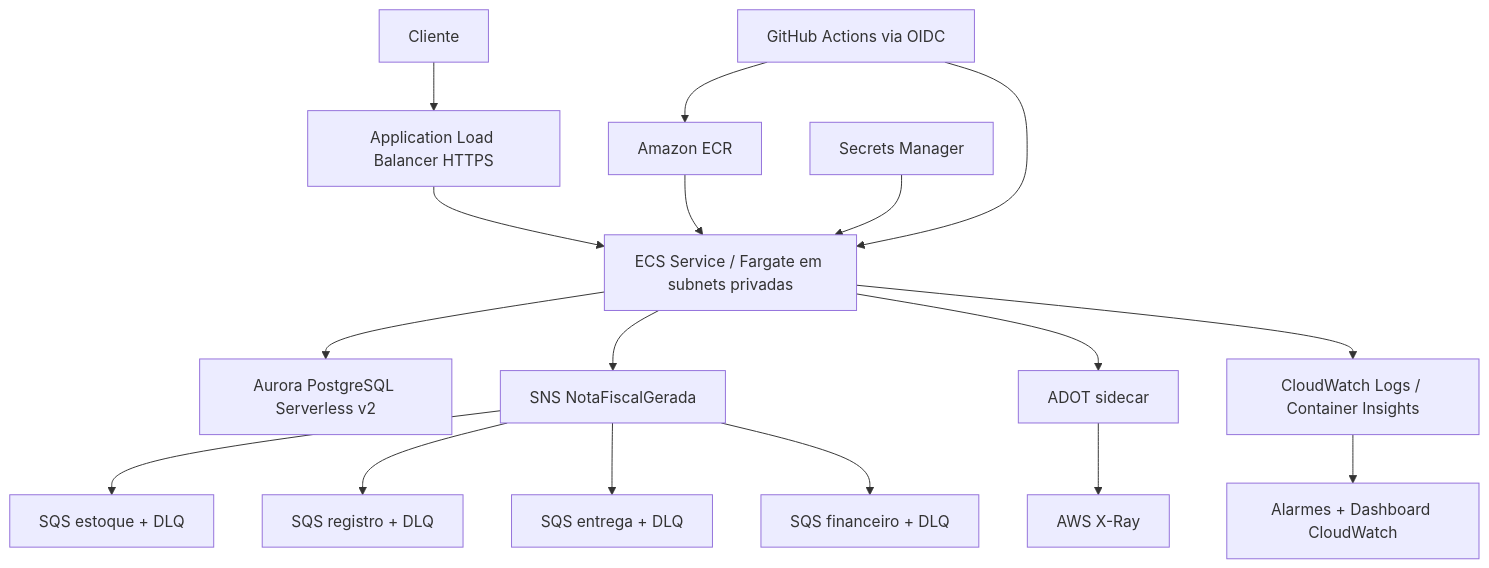
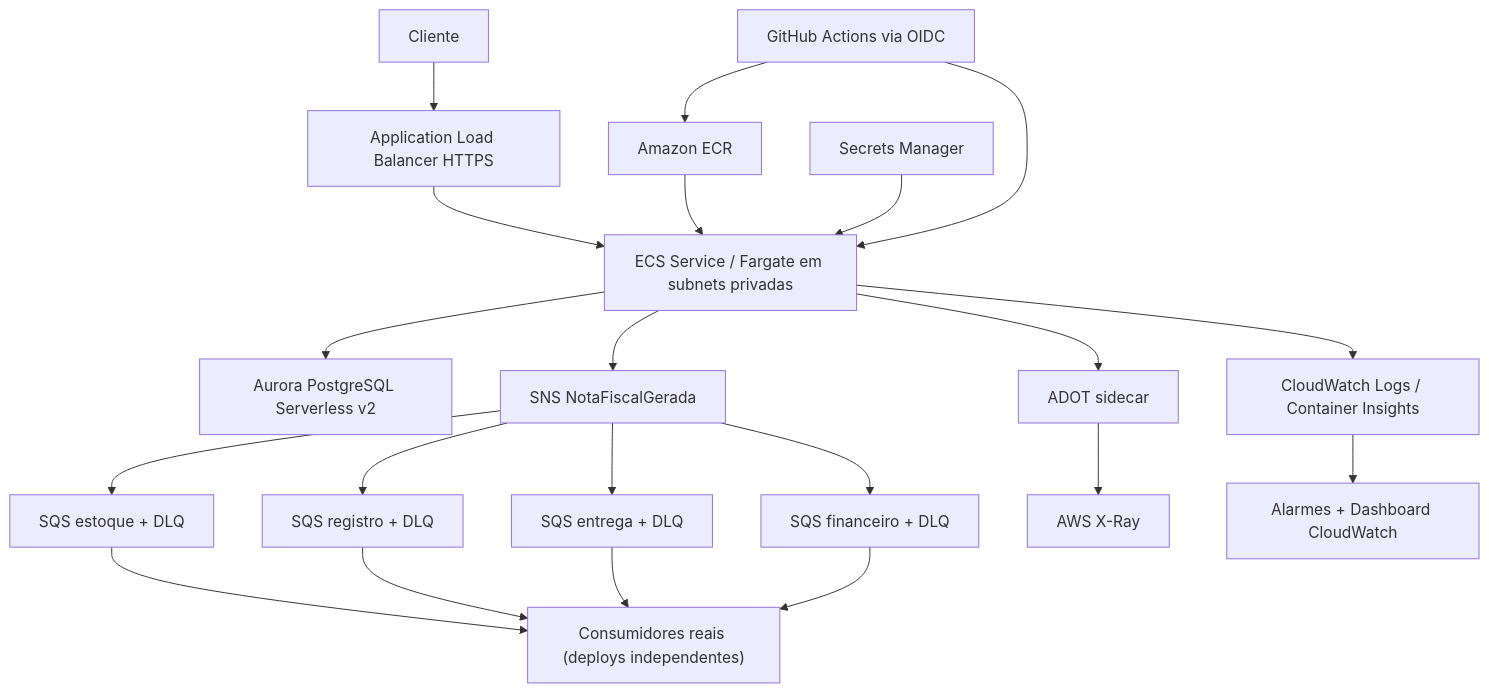
Before and after one commit to lvilelas/case-nota-fiscal: the second of 2 diagrams in ARCHITECTURE.md, drawn with Mermaid. The commit also changed other lines of this file and 42 other files, not shown here.

````diff
--- a/ARCHITECTURE.md
+++ b/ARCHITECTURE.md
@@ -99,19 +107,23 @@
 ```mermaid
 flowchart TB
     USER["Cliente"] --> ALB["Application Load Balancer HTTPS"]
     ALB --> ECS["ECS Service / Fargate em subnets privadas"]
     ECR["Amazon ECR"] --> ECS
     SECRET["Secrets Manager"] --> ECS
     ECS --> AURORA["Aurora PostgreSQL Serverless v2"]
     ECS --> SNS["SNS NotaFiscalGerada"]
     SNS --> QE["SQS estoque + DLQ"]
     SNS --> QR["SQS registro + DLQ"]
     SNS --> QEN["SQS entrega + DLQ"]
     SNS --> QF["SQS financeiro + DLQ"]
+    QE --> CONSUMERS["Consumidores reais (deploys independentes)"]
+    QR --> CONSUMERS
+    QEN --> CONSUMERS
+    QF --> CONSUMERS
     ECS --> ADOT["ADOT sidecar"]
     ADOT --> XRAY["AWS X-Ray"]
     ECS --> LOGS["CloudWatch Logs / Container Insights"]
     LOGS --> ALARMS["Alarmes + Dashboard CloudWatch"]
     GHA["GitHub Actions via OIDC"] --> ECR
     GHA --> ECS
 ```
````
